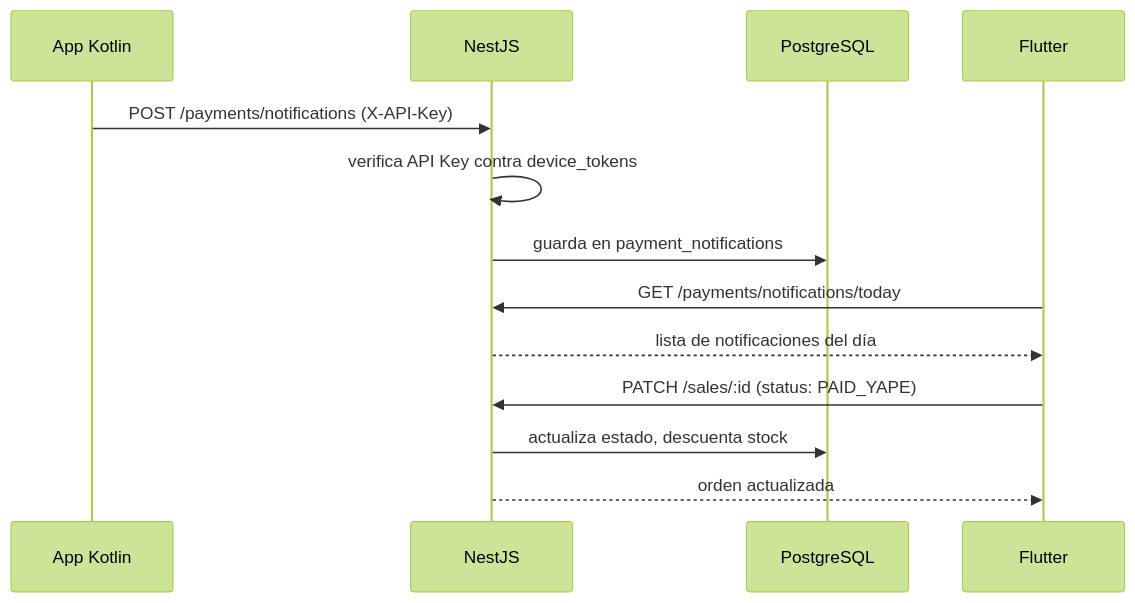
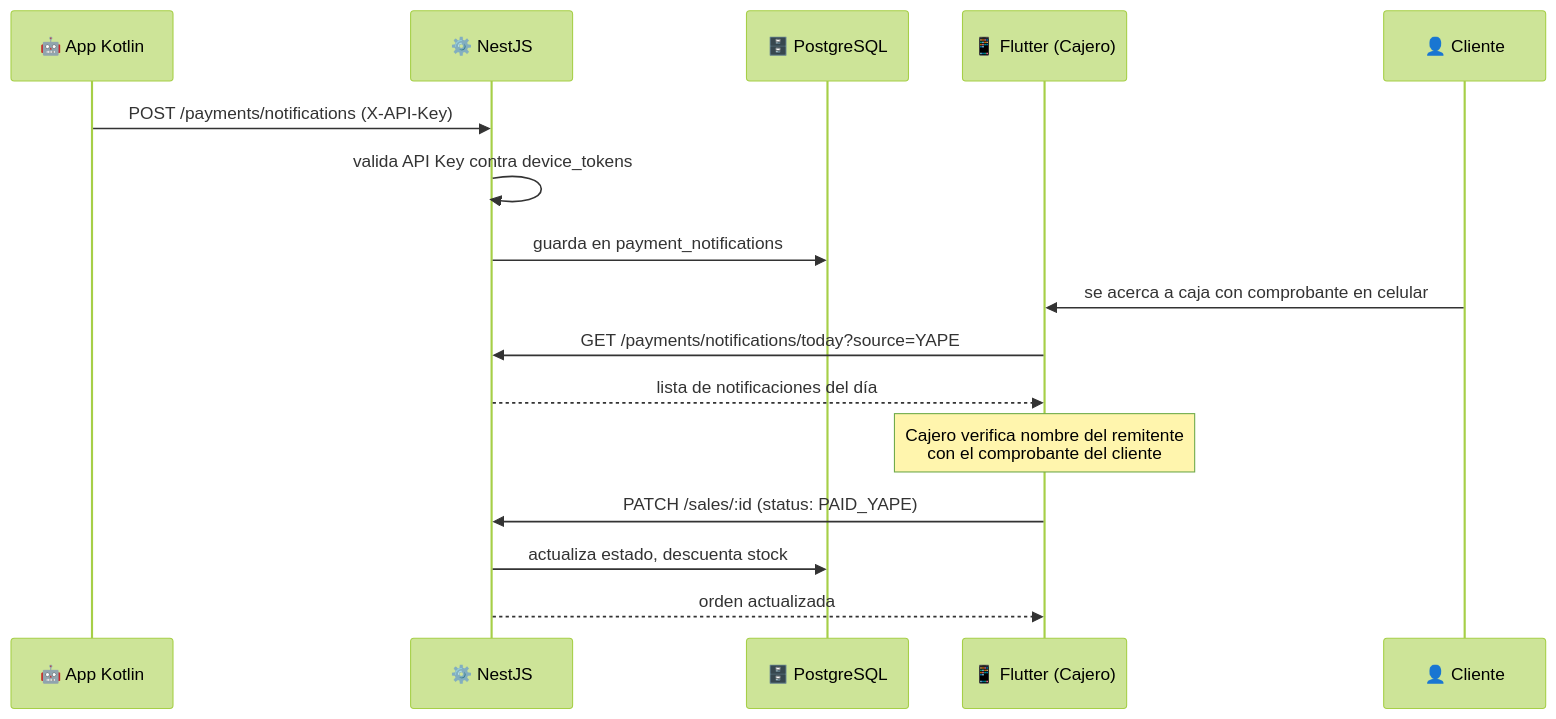
One commit to JosepRivera/smartbite-api changed the third of 5 diagrams in docs/architecture.md. Above: the diagram before and after it, drawn with Mermaid (forest theme). The commit also changed other lines of this file and 17 other files, not shown here.

````diff
--- a/docs/architecture.md
+++ b/docs/architecture.md
@@ -151,16 +170,19 @@
 ```mermaid
 sequenceDiagram
-  participant K as App Kotlin
-  participant N as NestJS
-  participant DB as PostgreSQL
-  participant F as Flutter
+  participant K as 🤖 App Kotlin
+  participant N as ⚙️ NestJS
+  participant DB as 🗄️ PostgreSQL
+  participant F as 📱 Flutter (Cajero)
+  participant C as 👤 Cliente
 
   K->>N: POST /payments/notifications (X-API-Key)
-  N->>N: verifica API Key contra device_tokens
+  N->>N: valida API Key contra device_tokens
   N->>DB: guarda en payment_notifications
-  F->>N: GET /payments/notifications/today
+  C->>F: se acerca a caja con comprobante en celular
+  F->>N: GET /payments/notifications/today?source=YAPE
   N-->>F: lista de notificaciones del día
+  Note over F: Cajero verifica nombre del remitente<br/>con el comprobante del cliente
   F->>N: PATCH /sales/:id (status: PAID_YAPE)
   N->>DB: actualiza estado, descuenta stock
   N-->>F: orden actualizada
 ```
````
